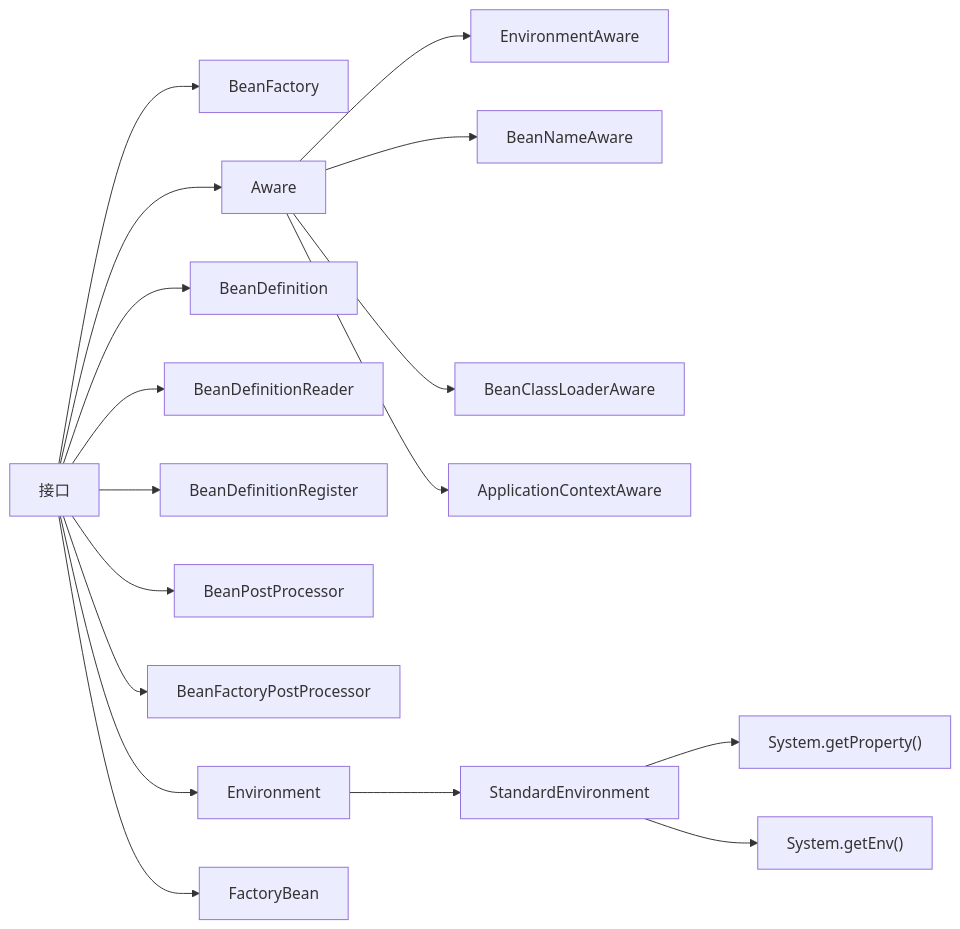
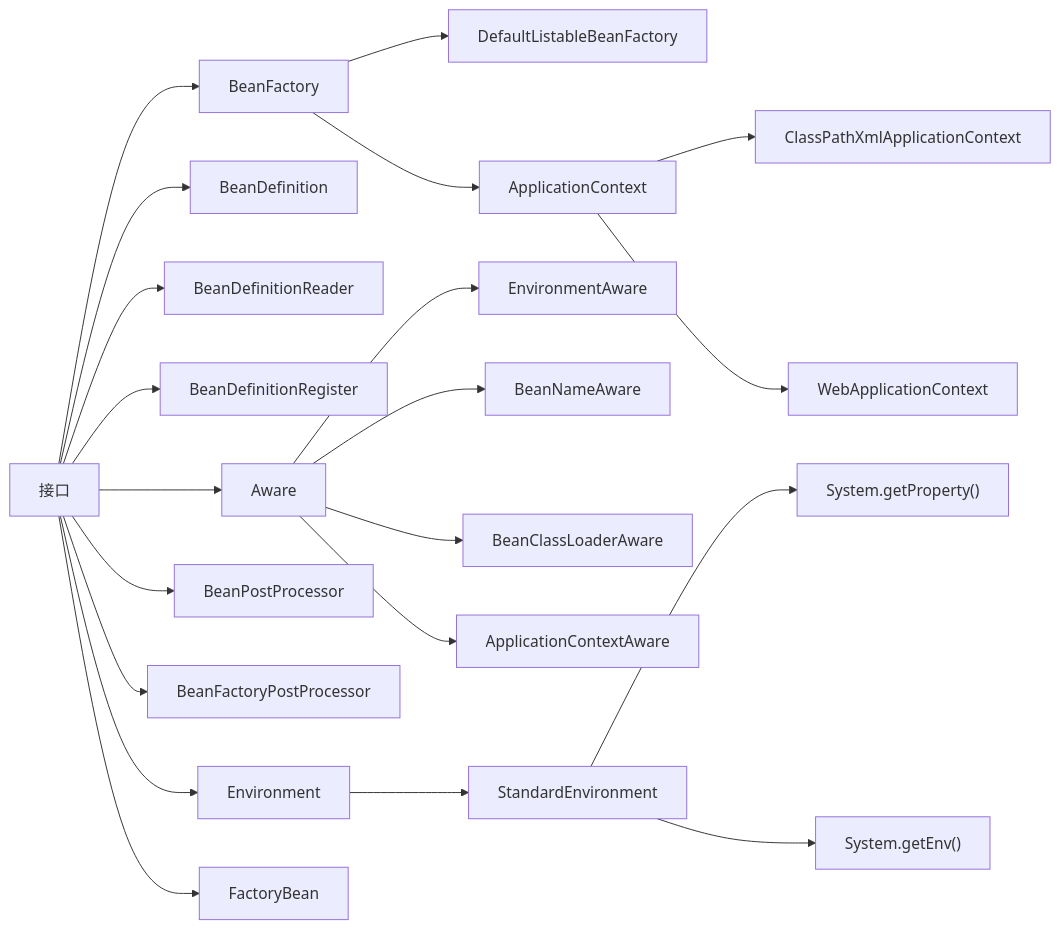
One commit to namelessmyth/beFreeCoder changed the sixth of 7 diagrams in Java/mashibing/沈俊杰-马士兵-spring.md. Above: the diagram before and after it, drawn with Mermaid. The commit also changed other lines of this file and 5 other files, not shown here.

````diff
--- a/Java/mashibing/沈俊杰-马士兵-spring.md
+++ b/Java/mashibing/沈俊杰-马士兵-spring.md
@@ -280,18 +280,24 @@
 ```mermaid
 flowchart LR
-接口-->BeanFactory    
+接口-->BeanFactory-->DefaultListableBeanFactory
+
+BeanFactory-->ApplicationContext-->ClassPathXmlApplicationContext
+ApplicationContext-->WebApplicationContext
+
+接口-->BeanDefinition
+接口-->BeanDefinitionReader
+接口-->BeanDefinitionRegister
+
 接口-->Aware
     Aware-->EnvironmentAware
     Aware-->BeanNameAware
     Aware-->BeanClassLoaderAware
     Aware-->ApplicationContextAware
-接口-->BeanDefinition
-接口-->BeanDefinitionReader
-接口-->BeanDefinitionRegister
+
 接口-->BeanPostProcessor
 接口-->BeanFactoryPostProcessor
 接口-->Environment-->StandardEnvironment
     StandardEnvironment-->s2["System.getProperty()"]
     StandardEnvironment-->s1["System.getEnv()"]
 接口-->FactoryBean
 ```
````
